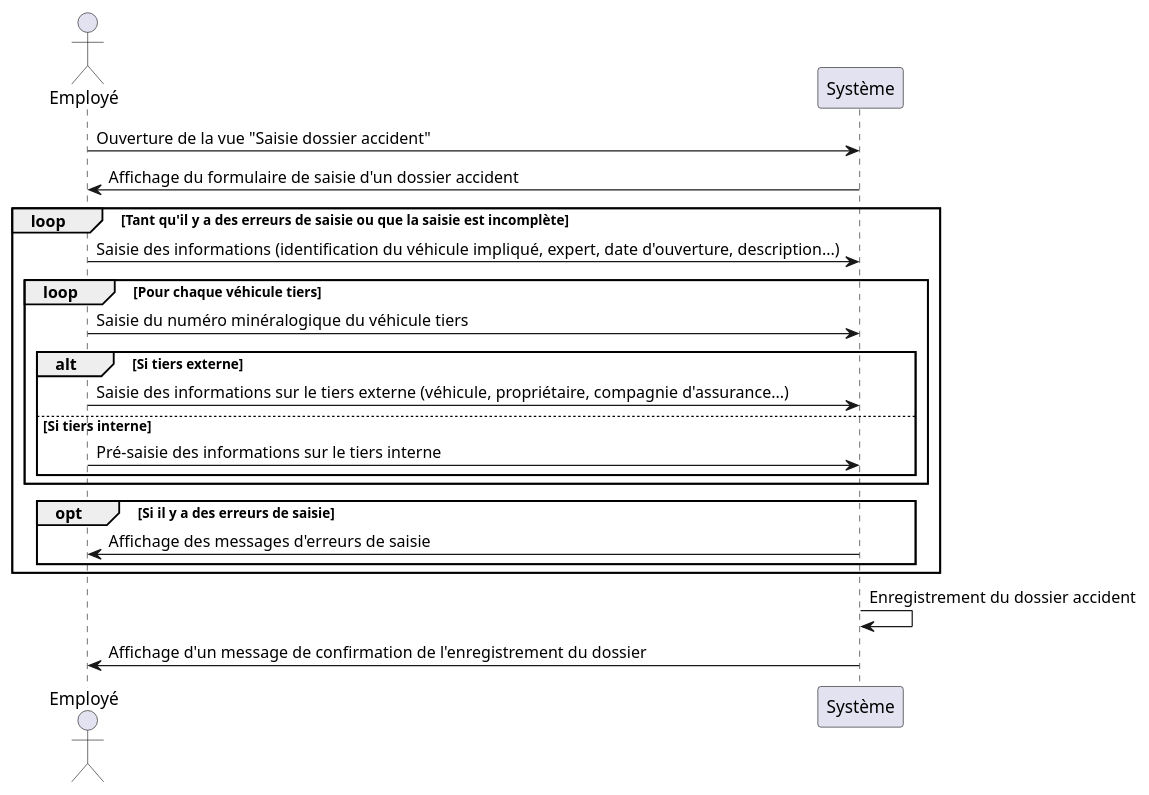
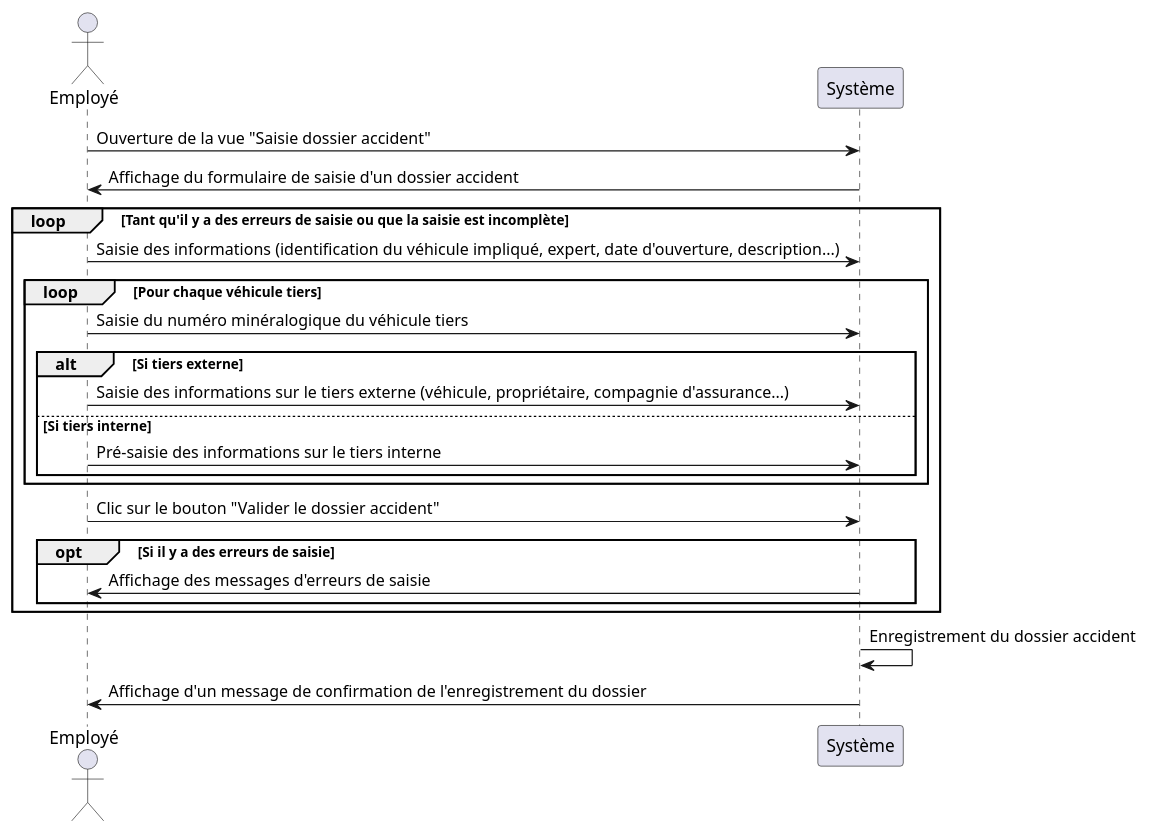
Before and after one commit to tgoubin/coo-2021-corrections: the fifth of 7 diagrams in src/main/resources/td7.adoc, drawn with PlantUML. The commit also changed other lines of this file and 15 other files, not shown here.

```diff
--- a/src/main/resources/td7.adoc
+++ b/src/main/resources/td7.adoc
@@ -424,33 +424,35 @@
 [plantuml, "td7SequencesSystemeSaisieAccidents", png]  
 ----
 @startuml
 
 actor Employé
 participant Système
 
 Employé -> Système: Ouverture de la vue "Saisie dossier accident"
 Système -> Employé: Affichage du formulaire de saisie d'un dossier accident
 
 loop Tant qu'il y a des erreurs de saisie ou que la saisie est incomplète
 	Employé -> Système: Saisie des informations (identification du véhicule impliqué, expert, date d'ouverture, description...)
 	
 	loop Pour chaque véhicule tiers
 		Employé -> Système: Saisie du numéro minéralogique du véhicule tiers
 	
 		alt Si tiers externe
 			Employé -> Système: Saisie des informations sur le tiers externe (véhicule, propriétaire, compagnie d'assurance...)
 		else Si tiers interne
 			Employé -> Système: Pré-saisie des informations sur le tiers interne
 		end
 	end
 	
+	Employé -> Système: Clic sur le bouton "Valider le dossier accident"
+	
     opt Si il y a des erreurs de saisie
         Système -> Employé: Affichage des messages d'erreurs de saisie
     end
 end
 
 Système -> Système: Enregistrement du dossier accident
 Système -> Employé: Affichage d'un message de confirmation de l'enregistrement du dossier
 
 @enduml
 ----
```
